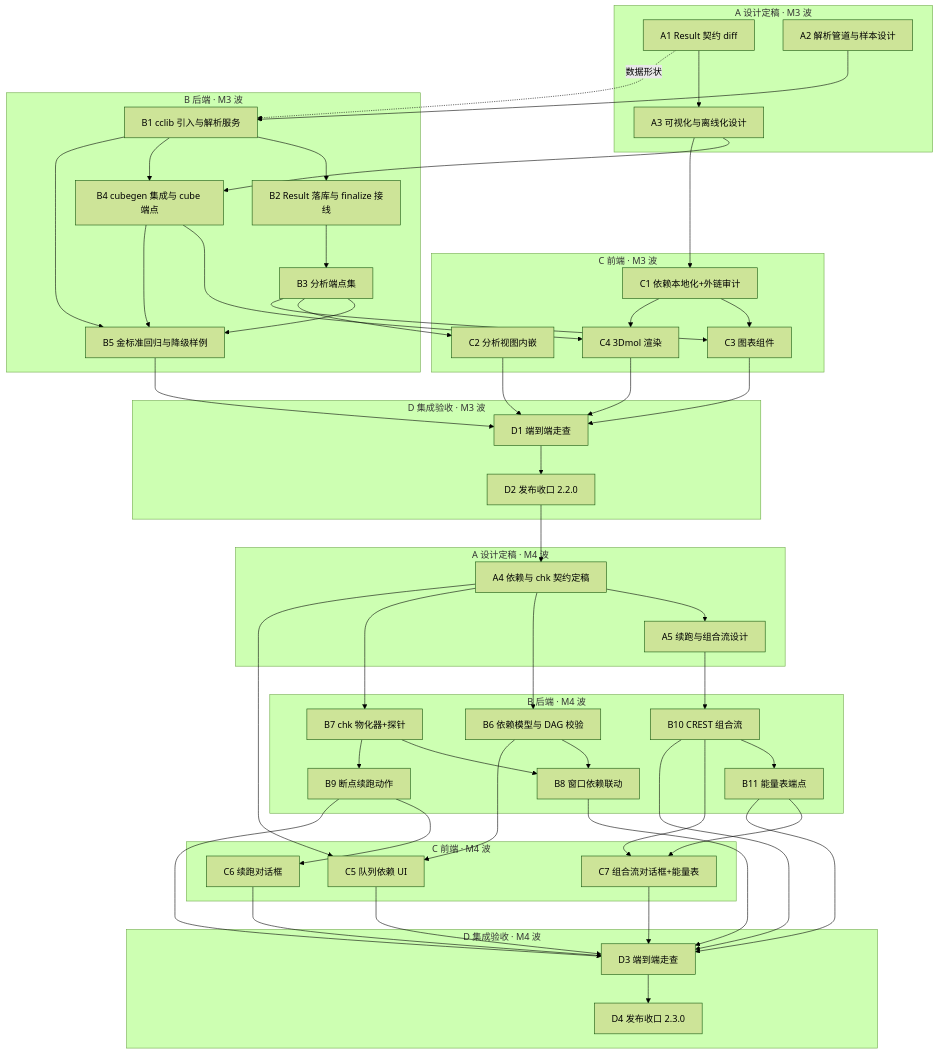
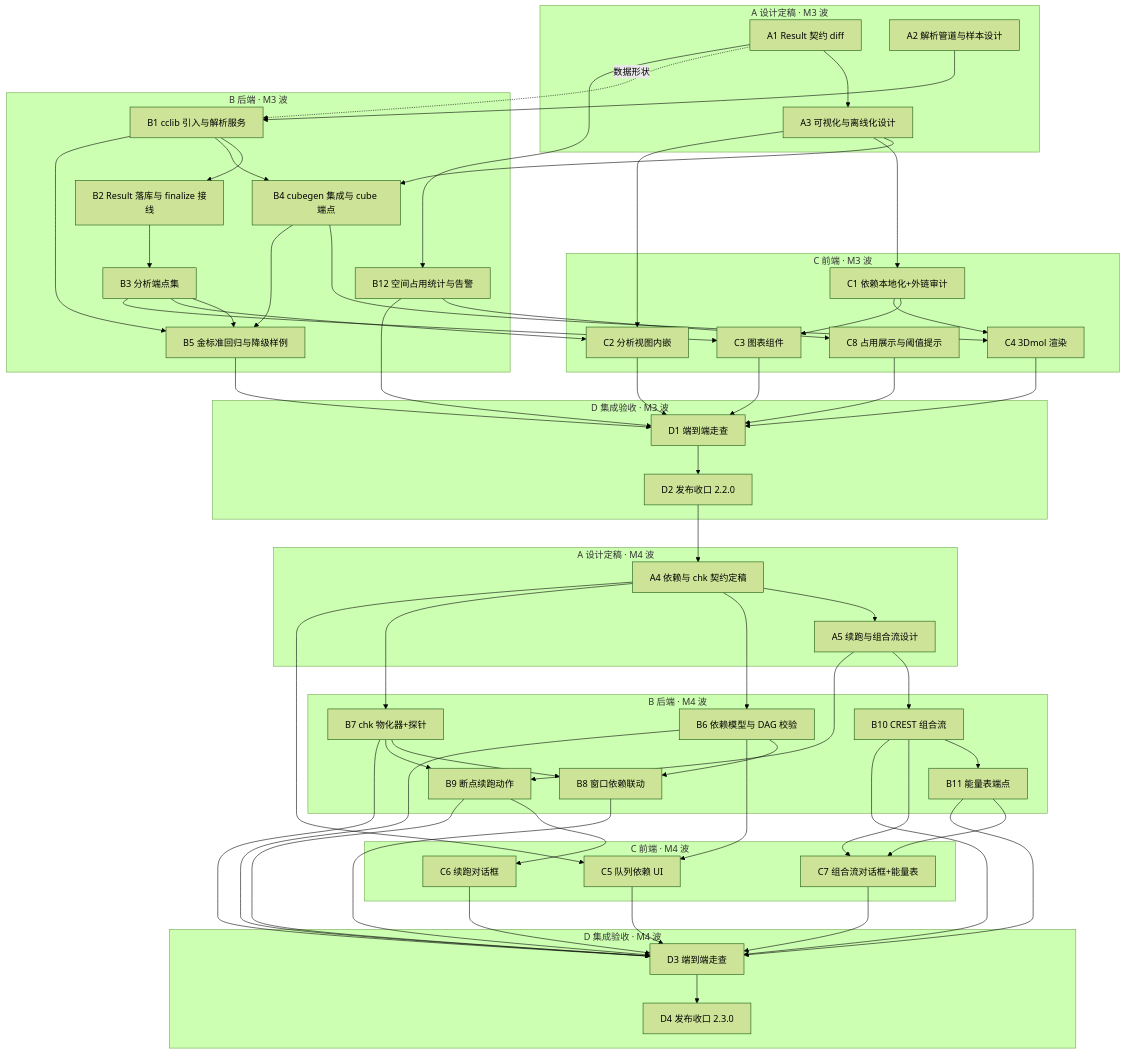
The first of 6 diagrams in docs/plans/m3-m4-plan.md (baizhancaiji/gauforge), drawn with Mermaid (forest theme) before and after one commit. The commit also changed other lines of this file, not shown here.

```diff
--- a/docs/plans/m3-m4-plan.md
+++ b/docs/plans/m3-m4-plan.md
@@ -440,12 +564,14 @@
         B3[B3 分析端点集]
         B4[B4 cubegen 集成与 cube 端点]
         B5[B5 金标准回归与降级样例]
+        B12[B12 空间占用统计与告警]
     end
     subgraph C3W[C 前端 · M3 波]
         C1[C1 依赖本地化+外链审计]
         C2[C2 分析视图内嵌]
         C3[C3 图表组件]
         C4[C4 3Dmol 渲染]
+        C8[C8 占用展示与阈值提示]
     end
     subgraph D3W[D 集成验收 · M3 波]
         D1[D1 端到端走查]
@@ -480,16 +606,21 @@
     B1 --> B4
     A3 --> B4
     A3 --> C1
+    A3 --> C2
+    A1 --> B12
     B2 --> B3
     B3 --> B5
     B3 --> C2
     B3 --> C3
     B4 --> C4
+    B12 --> C8
     C1 --> C3
     C1 --> C4
     B1 --> B5
     B4 --> B5
     B5 --> D1
+    B12 --> D1
+    C8 --> D1
     C2 --> D1
     C3 --> D1
     C4 --> D1
@@ -499,6 +630,7 @@
     A4 --> B6
     A4 --> B7
     A5 --> B10
+    A5 --> B9
     B6 --> B8
     B7 --> B8
     B7 --> B9
@@ -512,6 +644,8 @@
     B9 --> D3
     B10 --> D3
     B11 --> D3
+    B6 --> D3
+    B7 --> D3
     C5 --> D3
     C6 --> D3
     C7 --> D3
```
